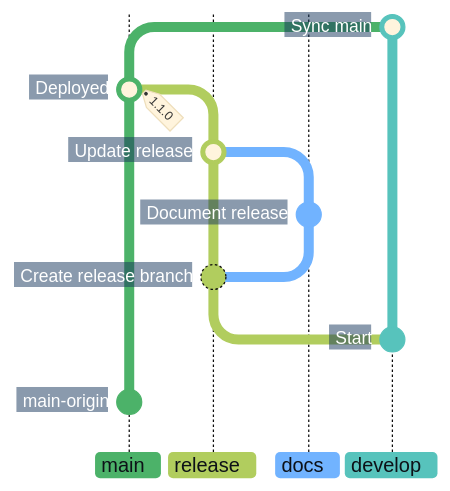
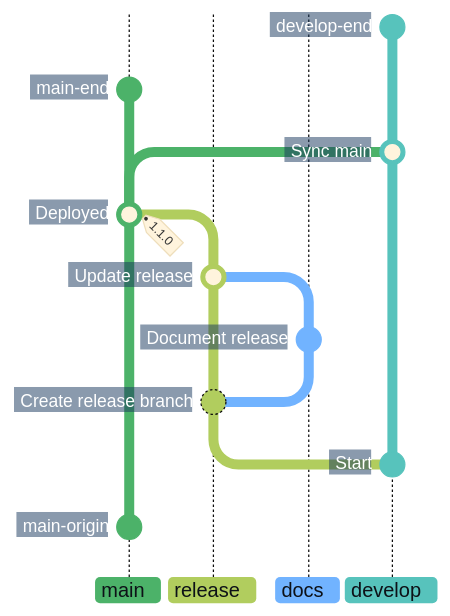
One commit to superhero/operations.superduper.solutions changed the sixth of 7 diagrams in docs/adr/cicd.md. Above: the diagram before and after it, drawn with Mermaid. The commit also changed other lines of this file, not shown here.

First line of the commit message:
docs: show permanent branches continuing beyond final merges

````diff
--- a/docs/adr/cicd.md
+++ b/docs/adr/cicd.md
@@ -225,27 +250,32 @@
 ```mermaid
-%%{init: {"theme": "base", "themeCSS": "line.branch { stroke: #8B949E; stroke-width: 1px; stroke-dasharray: 1 4; stroke-linecap: round; } .branchLabel, .tag-label { font-weight: 700; } .tag-label-bkg, .commit-label-bkg { opacity: 0.9; } .tag-label-bkg { fill: #B8E6C4; stroke: #8ED3A2; } .branchLabelBkg { opacity: 1; clip-path: inset(0 8px 0 0 round 4px) fill-box; } .commit-labels g:nth-last-of-type(-n+2), .commit.main-origin { visibility: hidden; } path.arrow3:not(.arrow3 ~ .arrow3) { filter: drop-shadow(0 50px 0 #57C3BC); } .commit-labels g { transform-box: fill-box; transform-origin: calc(100% + 17px) calc(50% + 2px); transform: rotate(-10deg); } .commit-label { font-weight: 700; transform: translateX(-8px); } .commit-label-bkg { stroke: #17365D; stroke-width: 20px; transform: translateX(-5px); clip-path: polygon(-4px -4px, calc(100% + 4px) -4px, calc(100% + 10px) 50%, calc(100% + 4px) calc(100% + 4px), -4px calc(100% + 4px)) fill-box; } .commit.branch { stroke: #B1CD5E; stroke-dasharray: none; }", "gitGraph": {"showCommitLabel": true, "rotateCommitLabel": false}, "themeVariables": {
+%%{init: {"theme": "base", "themeCSS": "line.branch { stroke: #8B949E; stroke-width: 1px; stroke-dasharray: 1 4; stroke-linecap: round; } .branchLabel, .tag-label { font-weight: 700; } .tag-label-bkg, .commit-label-bkg { opacity: 0.9; } .tag-label-bkg { fill: #B8E6C4; stroke: #8ED3A2; } .branchLabelBkg { opacity: 1; clip-path: inset(0 8px 0 0 round 4px) fill-box; } .commit-labels g:nth-last-of-type(-n+2), .commit.main-origin { visibility: hidden; } path.arrow3:not(.arrow3 ~ .arrow3) { filter: drop-shadow(0 50px 0 #57C3BC); } .commit-labels g:nth-of-type(-n+2), .commit.main-end, .commit.develop-end { visibility: hidden; } .commit-arrows path.arrow0:nth-last-child(2) { filter: drop-shadow(0 -50px 0 #4CB269); } .commit-labels g { transform-box: fill-box; transform-origin: calc(100% + 17px) calc(50% + 2px); transform: rotate(-10deg); } .commit-label { font-weight: 700; transform: translateX(-8px); } .commit-label-bkg { stroke: #17365D; stroke-width: 20px; transform: translateX(-5px); clip-path: polygon(-4px -4px, calc(100% + 4px) -4px, calc(100% + 10px) 50%, calc(100% + 4px) calc(100% + 4px), -4px calc(100% + 4px)) fill-box; } .commit.branch { stroke: #B1CD5E; stroke-dasharray: none; }", "gitGraph": {"showCommitLabel": true, "rotateCommitLabel": false}, "themeVariables": {
     "commitLabelFontSize": "14px", "commitLabelColor": "#FFFFFF", "commitLabelBackground": "#17365D",
     "git0": "#4CB269", "gitBranchLabel0": "#0D1117",
     "git1": "#B1CD5E", "gitBranchLabel1": "#0D1117",
     "git2": "#71B3FF", "gitBranchLabel2": "#0D1117",
     "git3": "#57C3BC", "gitBranchLabel3": "#0D1117"
 }}}%%
 gitGraph BT:
     %% Show existing main and develop lanes with earlier ancestry and initial notes omitted.
     branch develop order: 3
     checkout main
     %% Hide the main marker; extend develop by 50px below its visible release fork to align the starts.
     commit id: "main-origin"
     checkout develop
     commit id: "Start"
     branch release order: 1
     commit id: "Create release branch"
     branch docs order: 2
     commit id: "Document release"
     checkout release
     merge docs id: "Update release"
     checkout main
     merge release id: "Deployed" tag: "1.1.0"
     checkout develop
     merge main id: "Sync main"
+    %% Hidden endpoints continue both permanent branches; extend main by 50px to align the tips.
+    checkout main
+    commit id: "main-end"
+    checkout develop
+    commit id: "develop-end"
 ```
````
